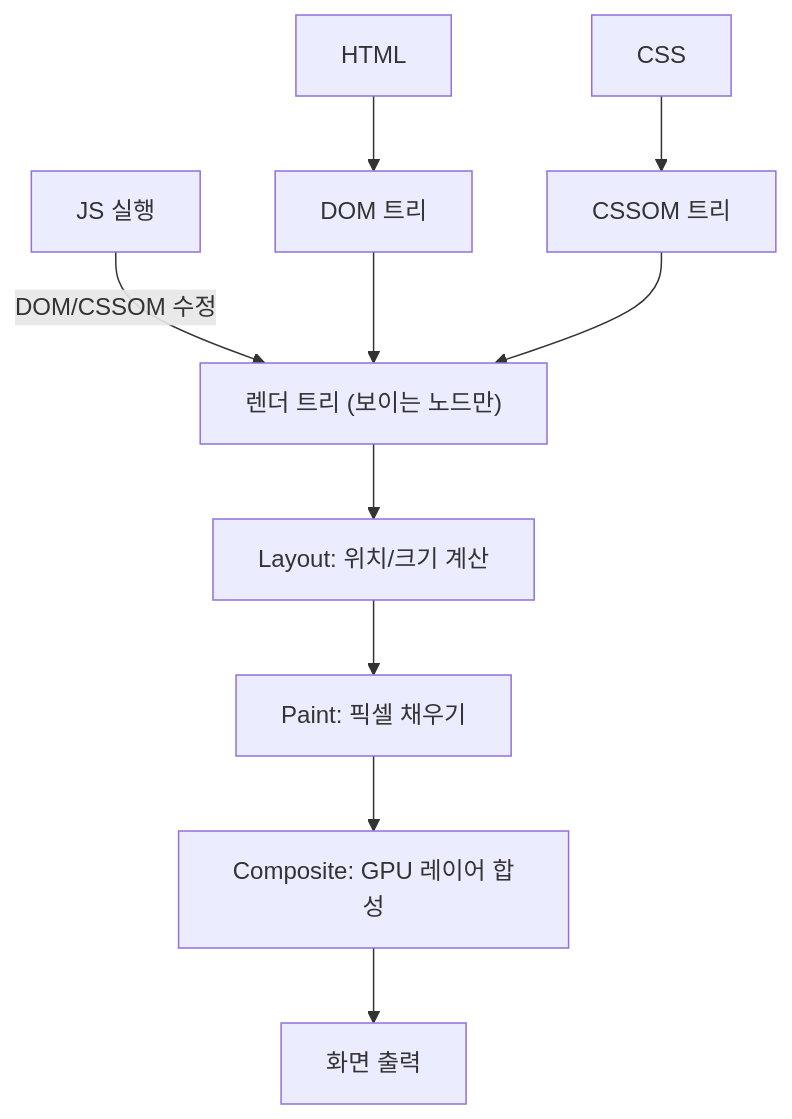
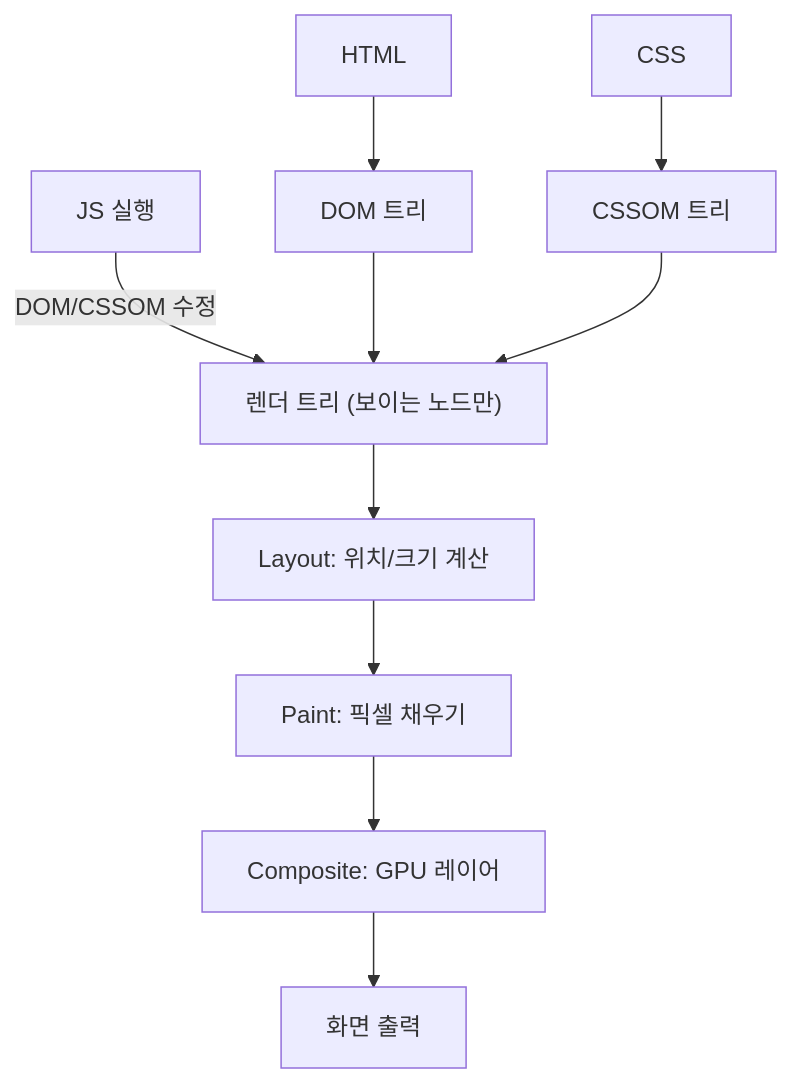
Before and after one commit to yjkim2015/yjkim2015.github.io: the first of 8 diagrams in _posts/frontend/2026-05-01-browser-rendering.md, drawn with Mermaid. The commit also changed other lines of this file and 271 other files, not shown here.

First line of the commit message:
Mermaid 라벨 축소: 긴 노드 텍스트 18자 이하로 트림 + \n 제거

````diff
--- a/_posts/frontend/2026-05-01-browser-rendering.md
+++ b/_posts/frontend/2026-05-01-browser-rendering.md
@@ -30,12 +30,12 @@
 ```mermaid
 flowchart TD
     HTML["HTML"] --> DOM["DOM 트리"]
     CSS["CSS"] --> CSSOM["CSSOM 트리"]
     JS["JS 실행"] -->|"DOM/CSSOM 수정"| RT
     DOM --> RT["렌더 트리 (보이는 노드만)"]
     CSSOM --> RT
     RT --> LAYOUT["Layout: 위치/크기 계산"]
     LAYOUT --> PAINT["Paint: 픽셀 채우기"]
-    PAINT --> COMPOSITE["Composite: GPU 레이어 합성"]
+    PAINT --> COMPOSITE["Composite: GPU 레이어"]
     COMPOSITE --> SCREEN["화면 출력"]
 ```
````
